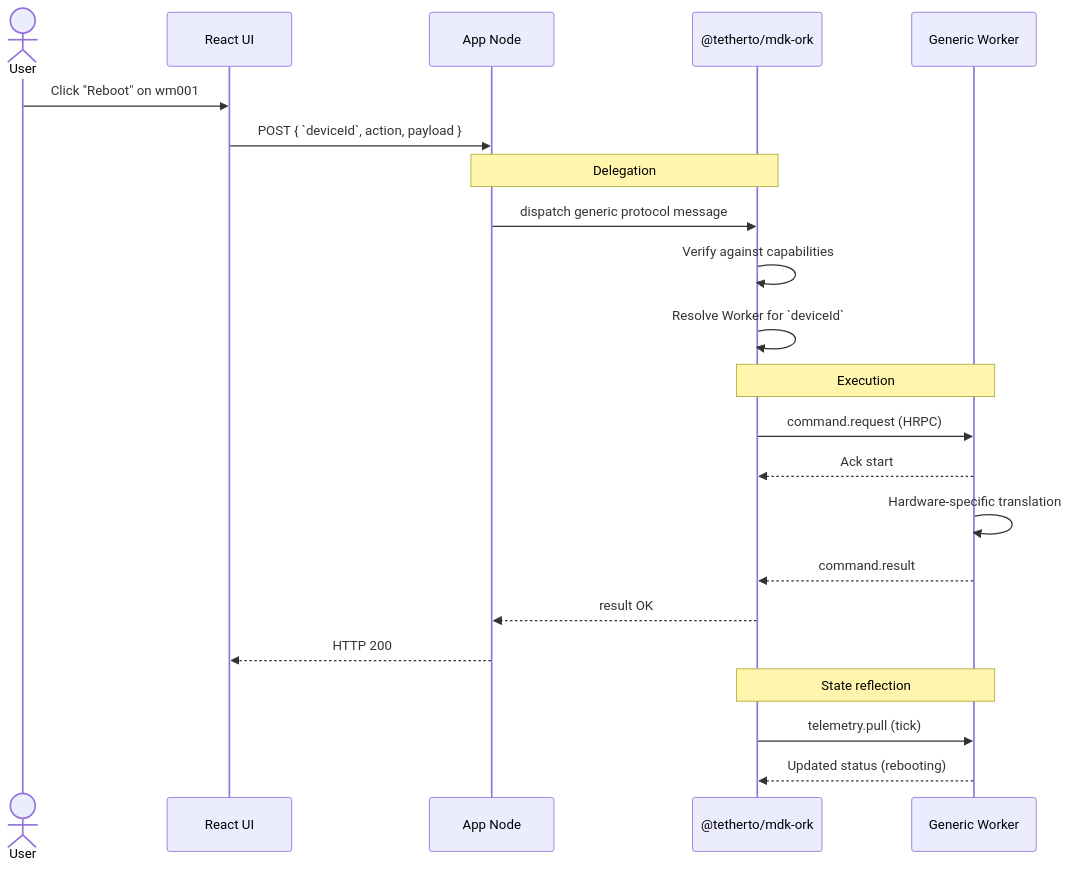
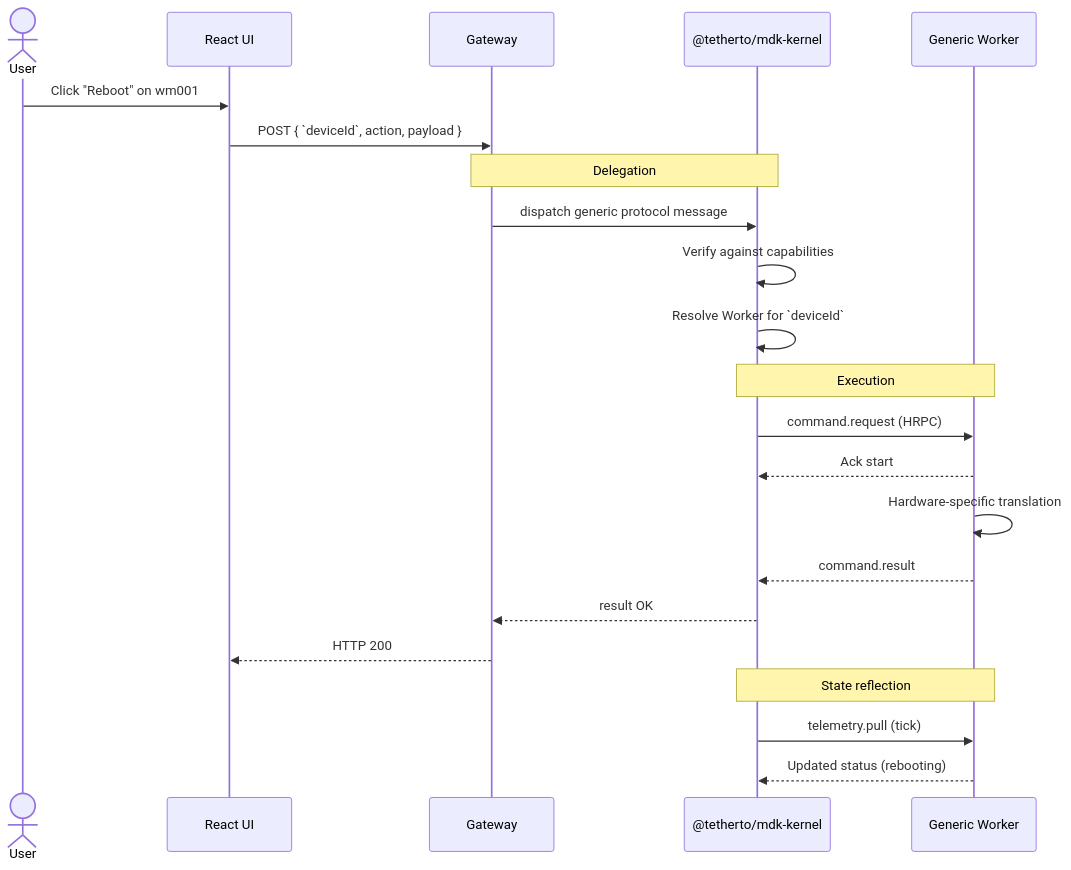
Before and after one commit to tetherto/mdk: the fourth of 6 diagrams in docs/concepts/architecture.md, drawn with Mermaid. The commit also changed other lines of this file and 4406 other files, not shown here.

````diff
--- a/docs/concepts/architecture.md
+++ b/docs/concepts/architecture.md
@@ -232,29 +232,29 @@
 ```mermaid
 sequenceDiagram
     actor User
     participant UI as React UI
-    participant Node as App Node
-    participant ORK as @tetherto/mdk-ork
+    participant Node as Gateway
+    participant Kernel as @tetherto/mdk-kernel
     participant Worker as Generic Worker
 
     User->>UI: Click "Reboot" on wm001
     UI->>Node: POST { `deviceId`, action, payload }
 
-    Note over Node,ORK: Delegation
-    Node->>ORK: dispatch generic protocol message
-    ORK->>ORK: Verify against capabilities
-    ORK->>ORK: Resolve Worker for `deviceId`
+    Note over Node,Kernel: Delegation
+    Node->>Kernel: dispatch generic protocol message
+    Kernel->>Kernel: Verify against capabilities
+    Kernel->>Kernel: Resolve Worker for `deviceId`
 
-    Note over ORK,Worker: Execution
-    ORK->>Worker: command.request (HRPC)
-    Worker-->>ORK: Ack start
+    Note over Kernel,Worker: Execution
+    Kernel->>Worker: command.request (HRPC)
+    Worker-->>Kernel: Ack start
     Worker->>Worker: Hardware-specific translation
-    Worker-->>ORK: command.result
+    Worker-->>Kernel: command.result
 
-    ORK-->>Node: result OK
+    Kernel-->>Node: result OK
     Node-->>UI: HTTP 200
 
-    Note over Worker,ORK: State reflection
-    ORK->>Worker: telemetry.pull (tick)
-    Worker-->>ORK: Updated status (rebooting)
+    Note over Worker,Kernel: State reflection
+    Kernel->>Worker: telemetry.pull (tick)
+    Worker-->>Kernel: Updated status (rebooting)
 ```
````
